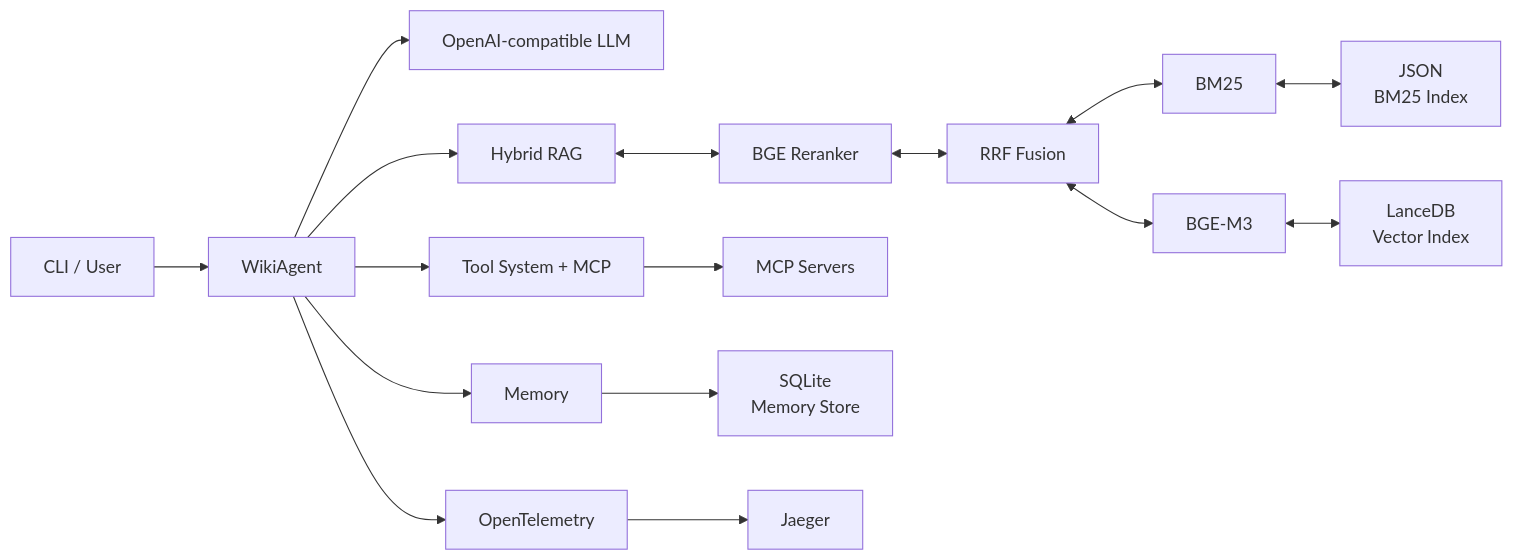
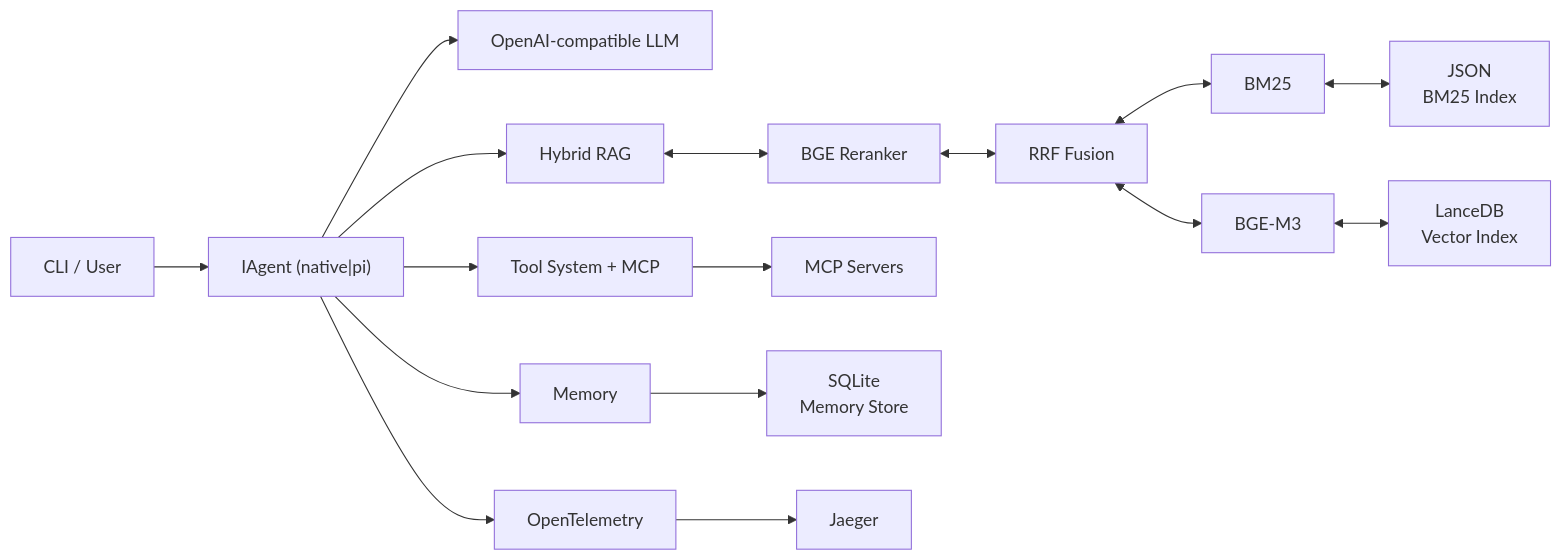
The second of 2 diagrams in docs/project-reference.md (liushupeng/wiki-agent), drawn with Mermaid before and after one commit. The commit also changed other lines of this file and 34 other files, not shown here.

````diff
--- a/docs/project-reference.md
+++ b/docs/project-reference.md
@@ -54,20 +54,20 @@
 ```mermaid
 flowchart LR
-    client["CLI / User"] --> app["WikiAgent"]
+    client["CLI / User"] --> app["IAgent (native|pi)"]
     app --> llm["OpenAI-compatible LLM"]
     app --> tools["Tool System + MCP"]
     app --> rag["Hybrid RAG"]
     app --> memory["Memory"]
     app --> telemetry["OpenTelemetry"]
 
     rag <--> reranker["BGE Reranker"]
     reranker <--> fusion["RRF Fusion"]
     fusion <--> bm25["BM25"]
     fusion <--> bge["BGE-M3"]
     bm25 <--> bm25db["JSON<br/>BM25 Index"]
     bge <--> lancedb["LanceDB<br/>Vector Index"]
 
     tools --> mcp["MCP Servers"]
     memory --> memorydb["SQLite<br/>Memory Store"]
     telemetry --> jaeger["Jaeger"]
 ```
````
